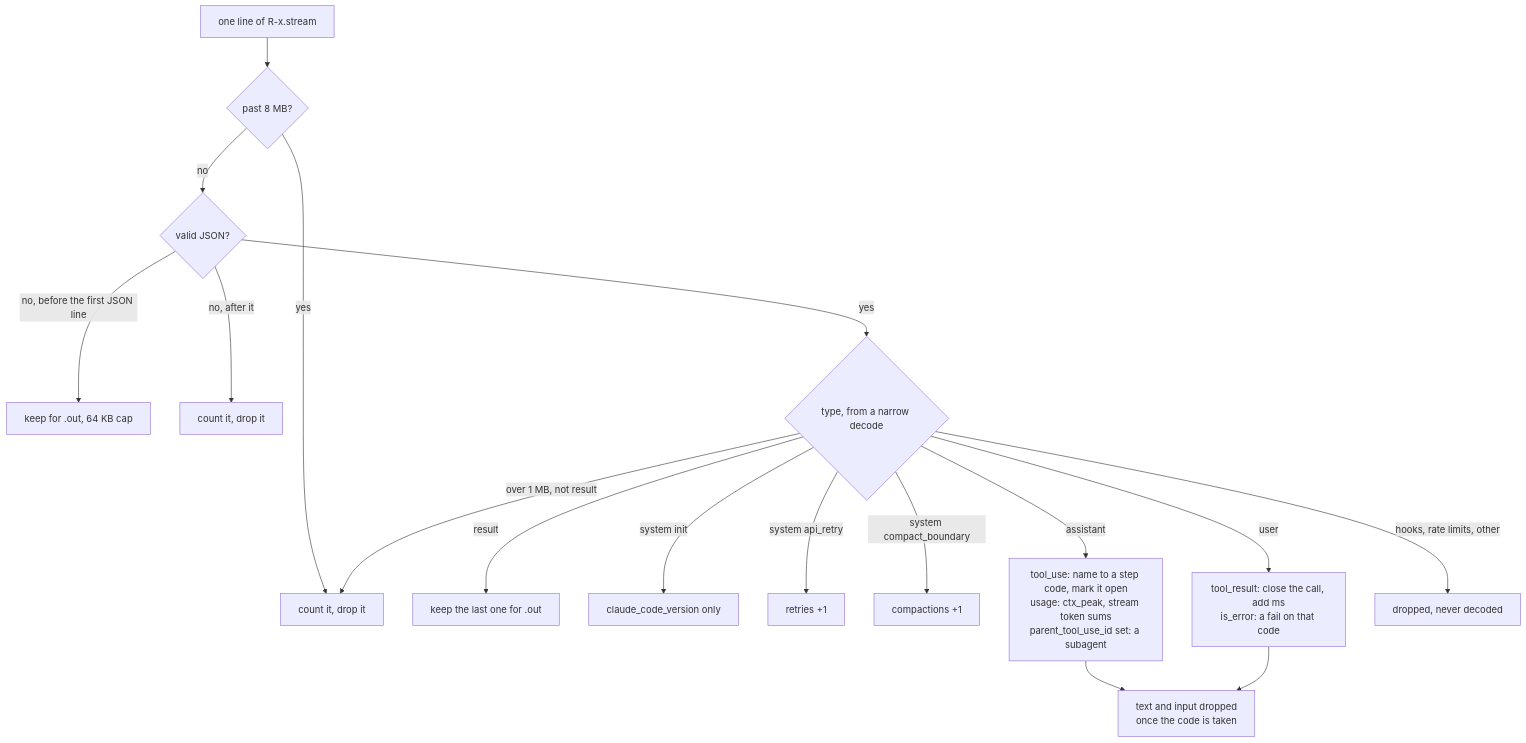
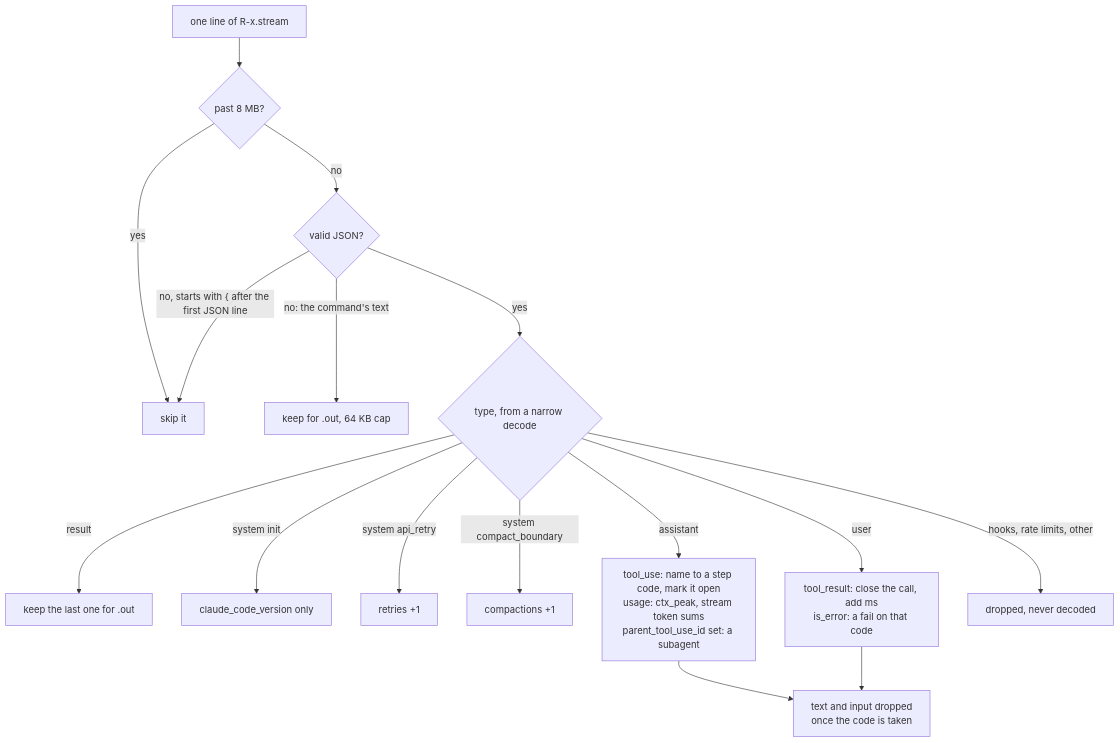
The third of 11 diagrams in docs/design/data-collection.md (ProlesDei/maestro), drawn with Mermaid before and after one commit. The commit also changed other lines of this file and 21 other files, not shown here.

````diff
--- a/docs/design/data-collection.md
+++ b/docs/design/data-collection.md
@@ -172,19 +172,18 @@
 ```mermaid
 flowchart TD
   L["one line of R-x.stream"] --> SZ{"past 8 MB?"}
-  SZ -- yes --> CUT["count it, drop it"]
+  SZ -- yes --> CUT["skip it"]
   SZ -- no --> J{"valid JSON?"}
-  J -- "no, before the first JSON line" --> PRE["keep for .out, 64 KB cap"]
-  J -- "no, after it" --> BAD["count it, drop it"]
+  J -- "no: the command's text" --> PRE["keep for .out, 64 KB cap"]
+  J -- "no, starts with { after the first JSON line" --> CUT
   J -- yes --> T{"type, from a narrow decode"}
   T -- "result" --> RES["keep the last one for .out"]
-  T -- "over 1 MB, not result" --> CUT
   T -- "system init" --> INIT["claude_code_version only"]
   T -- "system api_retry" --> RT["retries +1"]
   T -- "system compact_boundary" --> CP["compactions +1"]
   T -- "assistant" --> A["tool_use: name to a step code, mark it open<br/>usage: ctx_peak, stream token sums<br/>parent_tool_use_id set: a subagent"]
   T -- "user" --> U["tool_result: close the call, add ms<br/>is_error: a fail on that code"]
   T -- "hooks, rate limits, other" --> DROP["dropped, never decoded"]
   A --> GONE["text and input dropped<br/>once the code is taken"]
   U --> GONE
 ```
````
